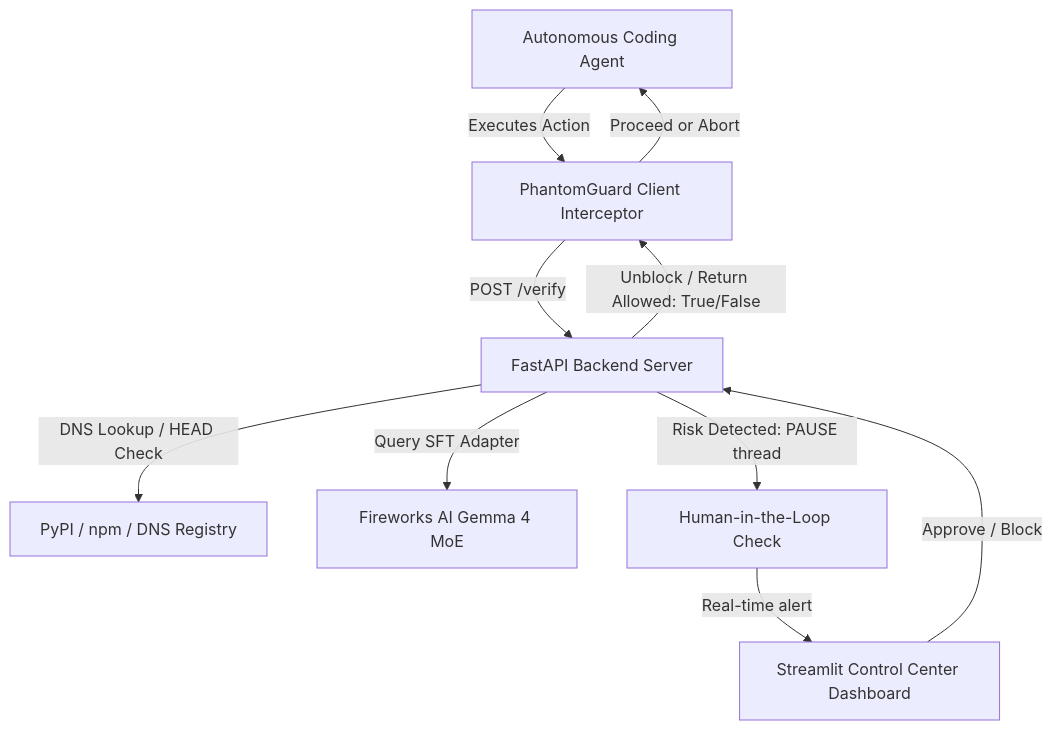
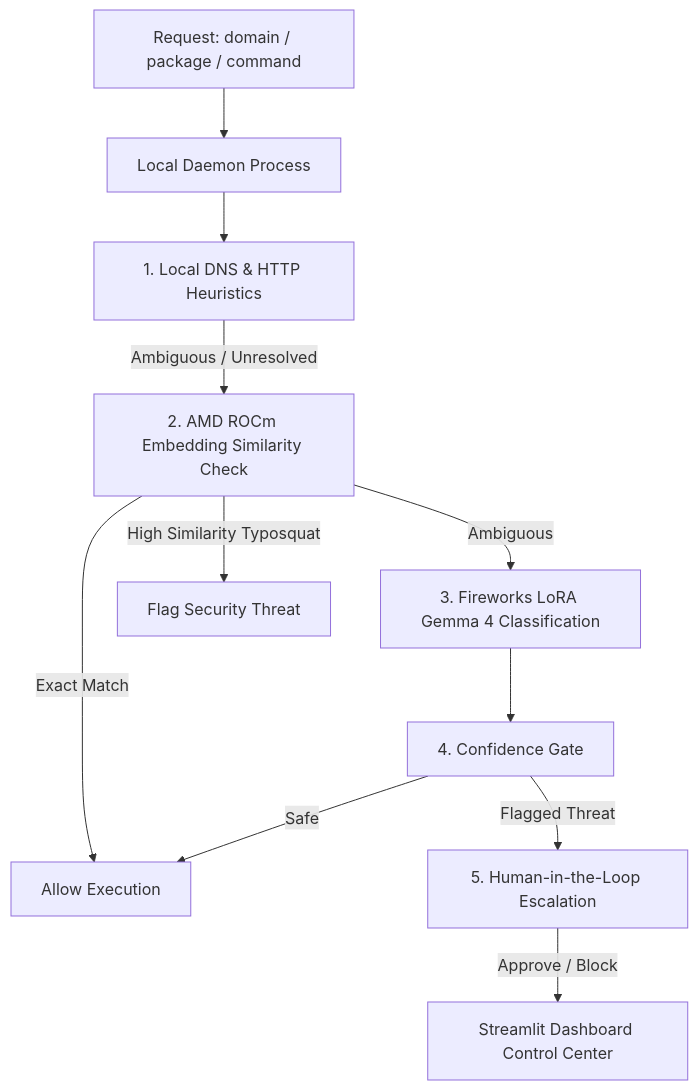
One commit to nafizzl/PhantomGuard changed the diagram in README.md. Above: the diagram before and after it, drawn with Mermaid. The commit also changed other lines of this file and 32 other files, not shown here.

````diff
--- a/README.md
+++ b/README.md
@@ -16,15 +20,16 @@
 ```mermaid
 graph TD
-    Agent[Autonomous Coding Agent] -->|Executes Action| Interceptor[PhantomGuard Client Interceptor]
-    Interceptor -->|POST /verify| Backend[FastAPI Backend Server]
+    Request[Request: domain / package / command] --> Daemon[Local Daemon Process]
+    Daemon --> Check1[1. Local DNS & HTTP Heuristics]
+    Check1 -->|Ambiguous / Unresolved| Check2[2. AMD ROCm Embedding Similarity Check]
     
-    Backend -->|DNS Lookup / HEAD Check| Registry[PyPI / npm / DNS Registry]
-    Backend -->|Query SFT Adapter| Fireworks[Fireworks AI Gemma 4 MoE]
+    Check2 -->|Ambiguous| Check3[3. Fireworks LoRA Gemma 4 Classification]
+    Check2 -->|High Similarity Typosquat| Block[Flag Security Threat]
+    Check2 -->|Exact Match| Allow[Allow Execution]
     
-    Backend -->|Risk Detected: PAUSE thread| HITL[Human-in-the-Loop Check]
-    HITL -->|Real-time alert| Streamlit[Streamlit Control Center Dashboard]
-    Streamlit -->|Approve / Block| Backend
+    Check3 --> Check4[4. Confidence Gate]
+    Check4 -->|Flagged Threat| HITL[5. Human-in-the-Loop Escalation]
+    Check4 -->|Safe| Allow
     
-    Backend -->|Unblock / Return Allowed: True/False| Interceptor
-    Interceptor -->|Proceed or Abort| Agent
+    HITL -->|Approve / Block| Dashboard[Streamlit Dashboard Control Center]
 ```
````
